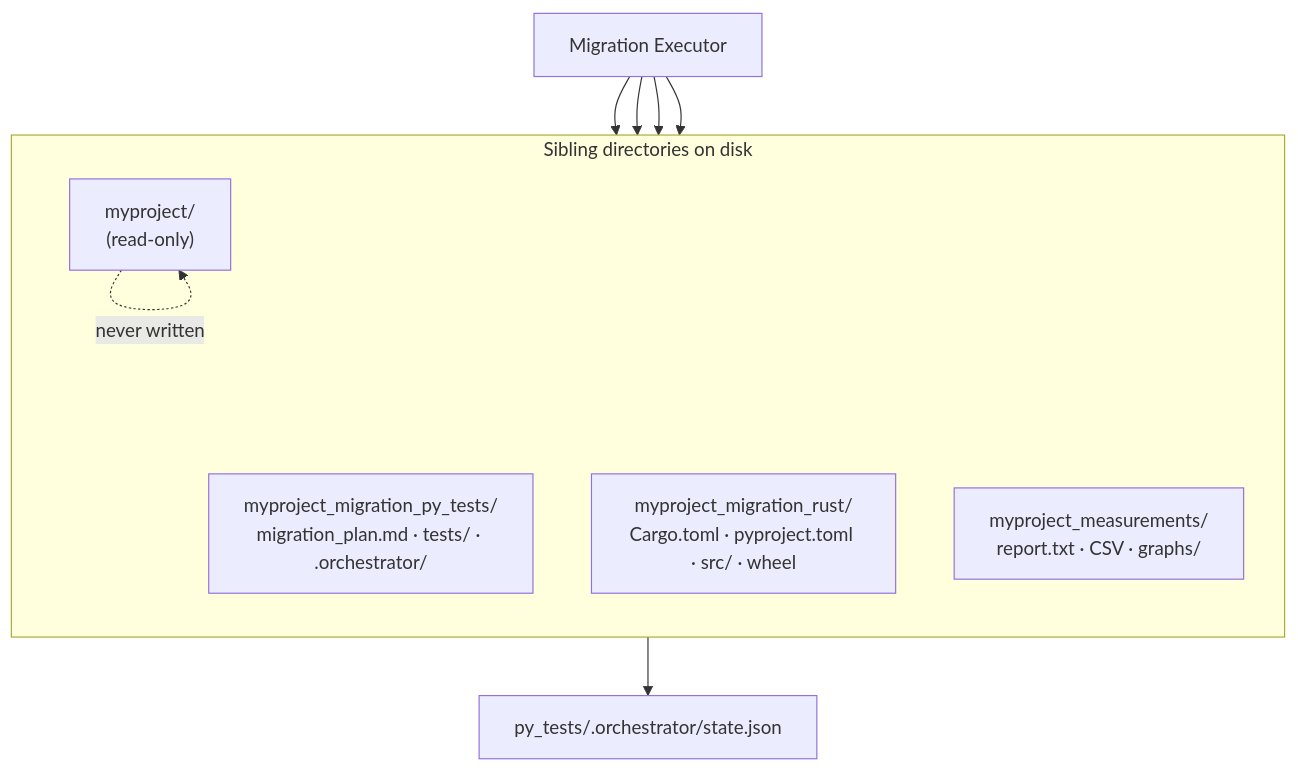
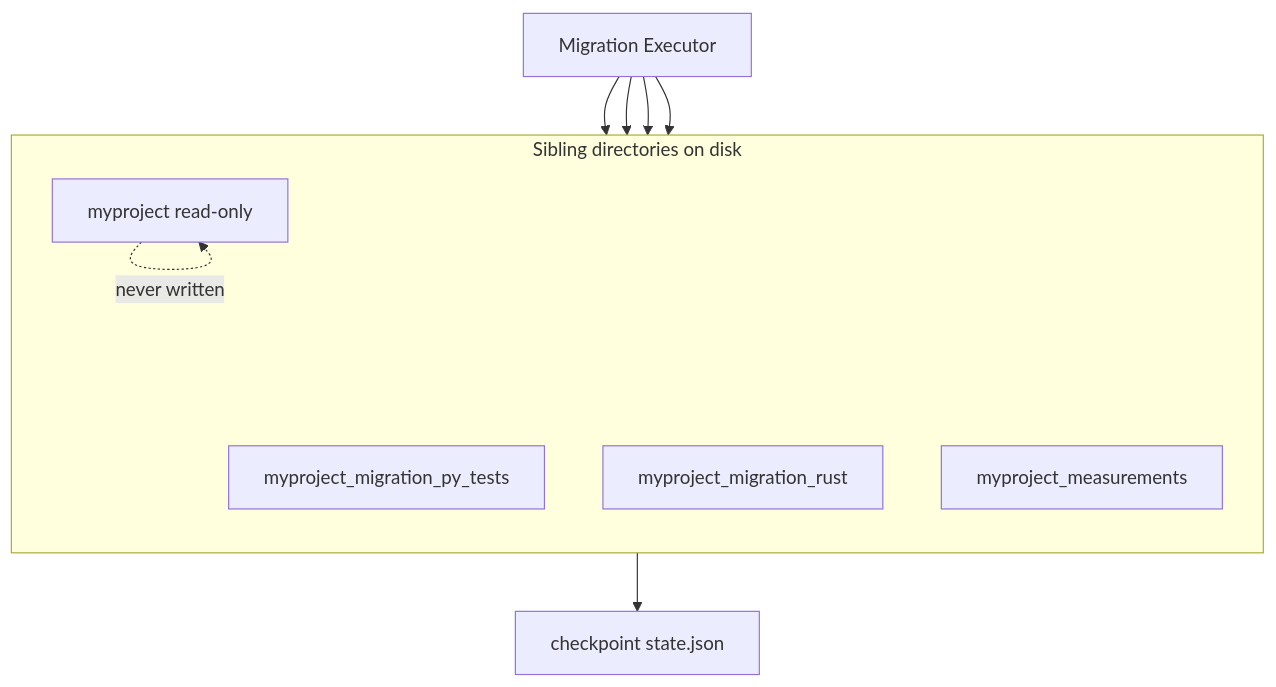
Before and after one commit to Haaparanta/AaltoAI-Ai-For-Good: the second of 11 diagrams in README.md, drawn with Mermaid. The commit also changed other lines of this file and 4 other files, not shown here.

````diff
--- a/README.md
+++ b/README.md
@@ -54,16 +54,16 @@
 ```mermaid
 flowchart TB
     subgraph disk["Sibling directories on disk"]
         direction TB
-        SRC["myproject/\n(read-only)"]
-        PY["myproject_migration_py_tests/\nmigration_plan.md · tests/ · .orchestrator/"]
-        RU["myproject_migration_rust/\nCargo.toml · pyproject.toml · src/ · wheel"]
-        MEAS["myproject_measurements/\nreport.txt · CSV · graphs/"]
+        SRC["myproject read-only"]
+        PY["myproject_migration_py_tests"]
+        RU["myproject_migration_rust"]
+        MEAS["myproject_measurements"]
     end
     SRC -.->|never written| SRC
-    PY --> CP["py_tests/.orchestrator/state.json"]
+    PY --> CP["checkpoint state.json"]
     EX[Migration Executor] --> SRC
     EX --> PY
     EX --> RU
     EX --> MEAS
 ```
````
